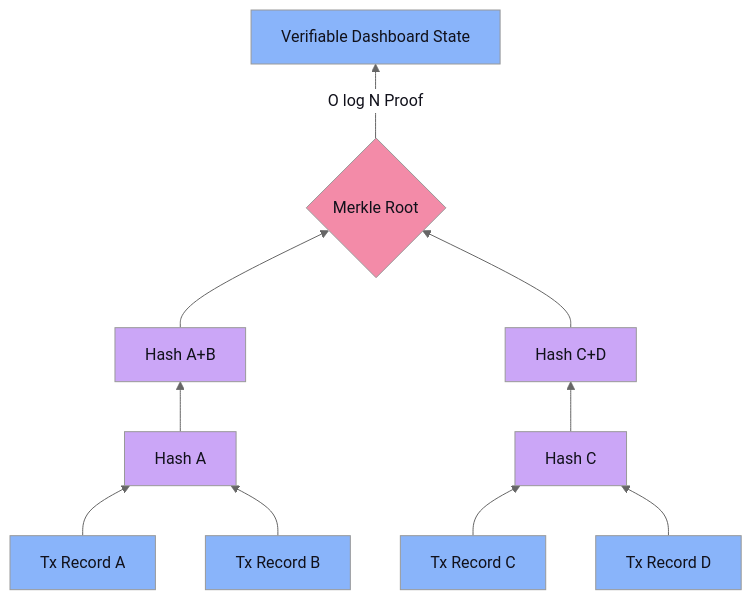
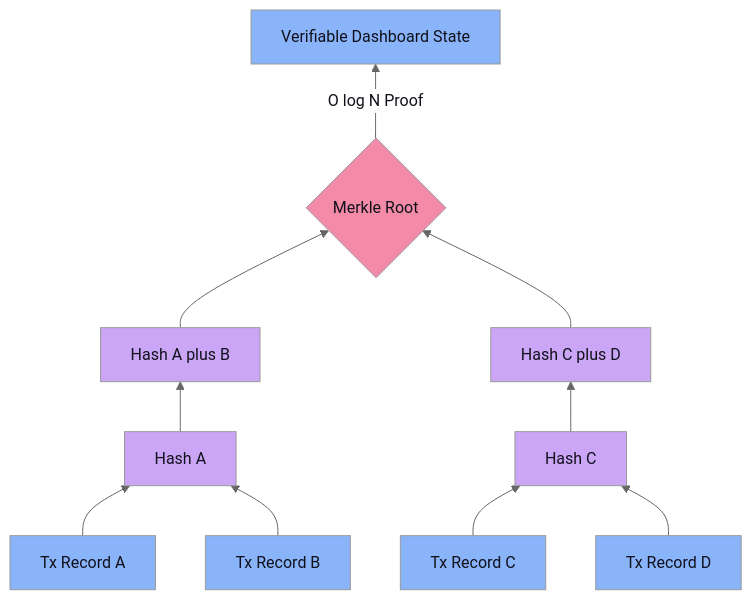
Before and after one commit to MrDecryptDecipher/Agent-Trust: the eighth of 30 diagrams in README.md, drawn with Mermaid (neutral theme). The commit also changed other lines of this file, not shown here.

````diff
--- a/README.md
+++ b/README.md
@@ -177,16 +177,16 @@
 ```mermaid
-graph BT
-    classDef leaf fill:#89b4fa,color:#11111b;
-    classDef hash fill:#cba6f7,color:#11111b;
-    classDef root fill:#f38ba8,color:#11111b;
+flowchart BT
+    classDef leaf fill:#89b4fa,color:#11111b
+    classDef hash fill:#cba6f7,color:#11111b
+    classDef root fill:#f38ba8,color:#11111b
 
     L1["Tx Record A"]:::leaf --> H1["Hash A"]:::hash
     L2["Tx Record B"]:::leaf --> H1
     L3["Tx Record C"]:::leaf --> H2["Hash C"]:::hash
     L4["Tx Record D"]:::leaf --> H2
-    H1 --> H12["Hash A+B"]:::hash
-    H2 --> H34["Hash C+D"]:::hash
+    H1 --> H12["Hash A plus B"]:::hash
+    H2 --> H34["Hash C plus D"]:::hash
     H12 --> Root{"Merkle Root"}:::root
     H34 --> Root
-    Root -- "O log N Proof" --> V["Verifiable Dashboard State"]:::leaf
+    Root -->|O log N Proof| V["Verifiable Dashboard State"]:::leaf
 ```
````
